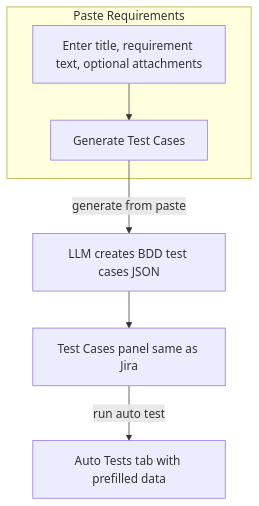
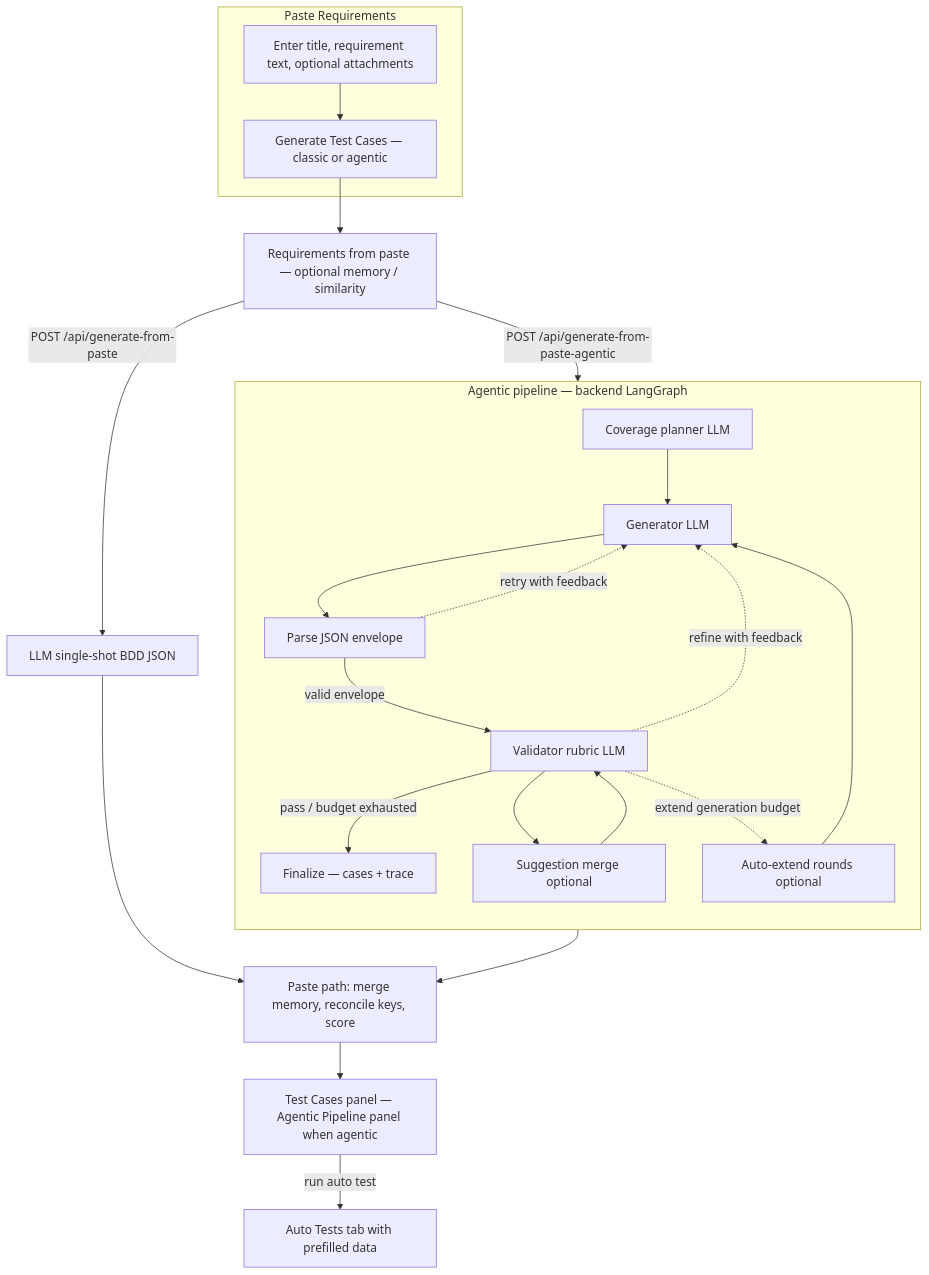
The third of 5 diagrams in README.md (prashant1507/test-intellect-ai), drawn with Mermaid before and after one commit. The commit also changed other lines of this file and 14 other files, not shown here.

````diff
--- a/README.md
+++ b/README.md
@@ -112,14 +135,41 @@
 ```mermaid
 flowchart TB
 
   subgraph ui[Paste Requirements]
     P[Enter title, requirement text, optional attachments]
-    G2[Generate Test Cases]
+    G2[Generate Test Cases — classic or agentic]
     P --> G2
   end
 
-  G2 -->|generate from paste| LLM[LLM creates BDD test cases JSON]
-  LLM --> TC[Test Cases panel same as Jira]
+  G2 --> PREP[Requirements from paste — optional memory / similarity]
+
+  subgraph agenticPaste[Agentic pipeline — backend LangGraph]
+    direction TB
+    PL[Coverage planner LLM]
+    GN[Generator LLM]
+    PS[Parse JSON envelope]
+    VL[Validator rubric LLM]
+    SU[Suggestion merge optional]
+    FZ[Finalize — cases + trace]
+    AX[Auto-extend rounds optional]
+    PL --> GN --> PS
+    PS -->|valid envelope| VL
+    PS -.->|retry with feedback| GN
+    VL -->|pass / budget exhausted| FZ
+    VL -.->|refine with feedback| GN
+    VL --> SU
+    SU --> VL
+    VL -.->|extend generation budget| AX
+    AX --> GN
+  end
+
+  PREP -->|POST /api/generate-from-paste| GC[LLM single-shot BDD JSON]
+  PREP -->|POST /api/generate-from-paste-agentic| PL
+
+  GC --> MERGE[Paste path: merge memory, reconcile keys, score]
+  FZ --> MERGE
+
+  MERGE --> TC[Test Cases panel — Agentic Pipeline panel when agentic]
 
   TC -->|run auto test| SW2[Auto Tests tab with prefilled data]
 ```
````
